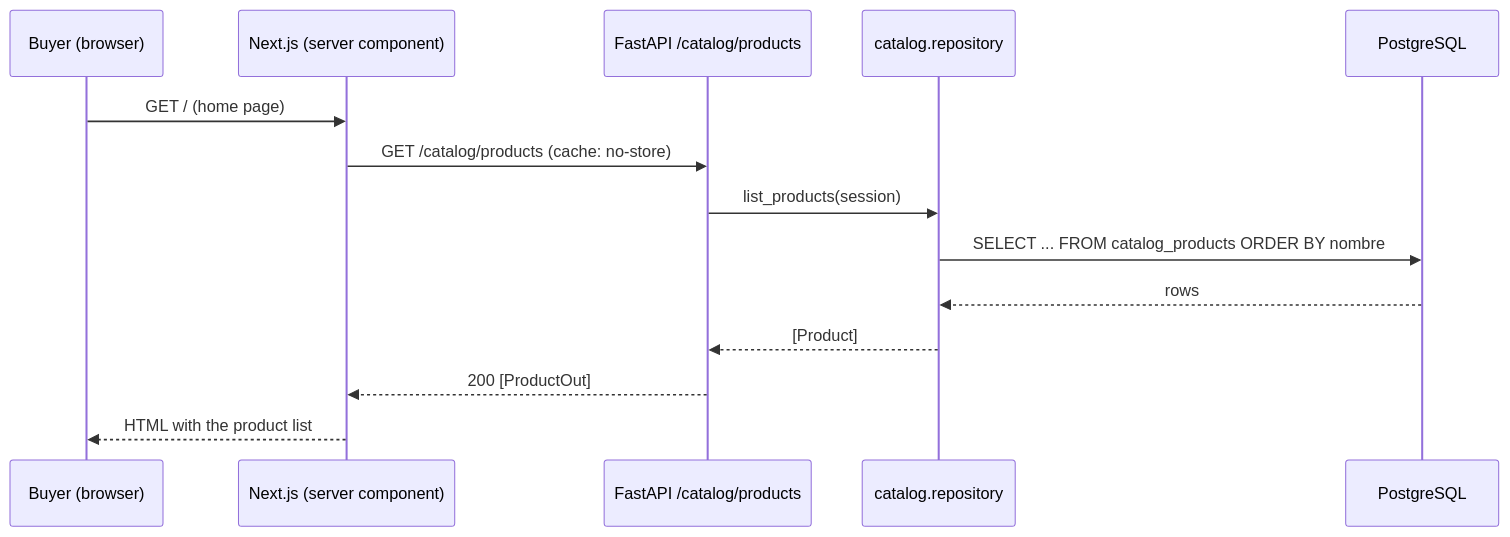
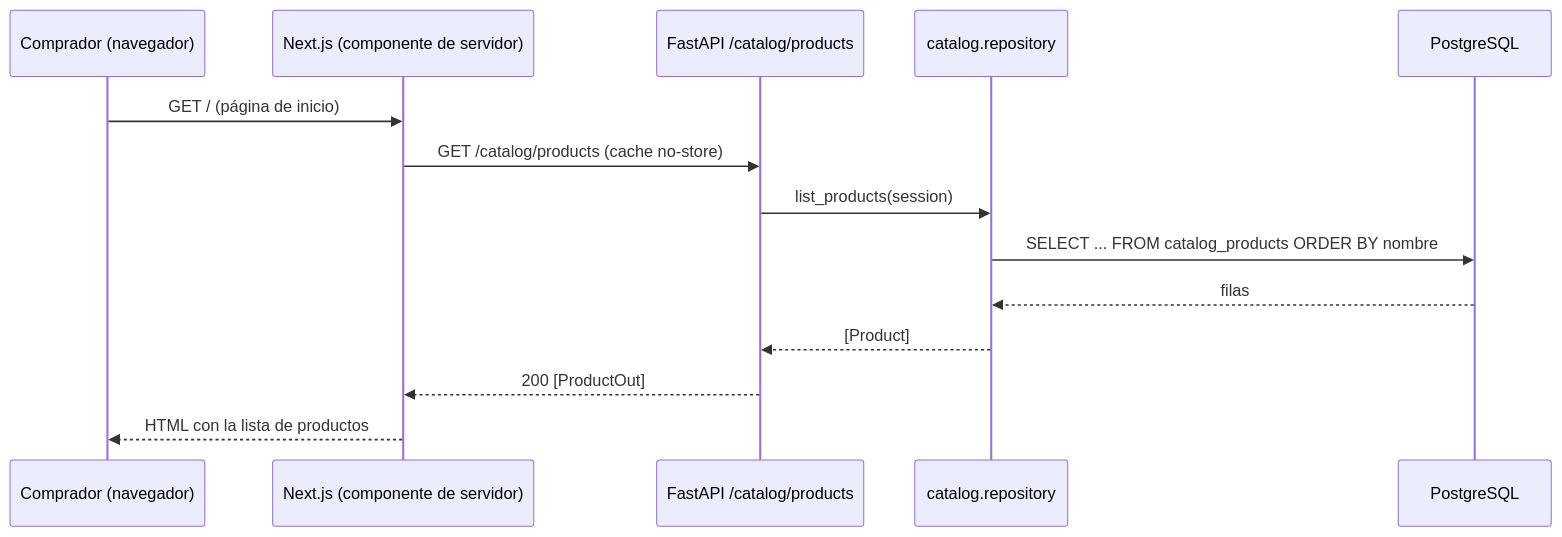
One commit to ISCOUTB/AS_202620_TIENDA-VIRTUAL-UTB changed the fourth of 5 diagrams in docs/arc42/arc42-template-EN.md. Above: the diagram before and after it, drawn with Mermaid. The commit also changed other lines of this file and 5 other files, not shown here.

````diff
--- a/docs/arc42/arc42-template-EN.md
+++ b/docs/arc42/arc42-template-EN.md
@@ -263,16 +269,16 @@
 ```mermaid
 sequenceDiagram
-    participant U as Buyer (browser)
-    participant F as Next.js (server component)
+    participant U as Comprador (navegador)
+    participant F as Next.js (componente de servidor)
     participant A as FastAPI /catalog/products
     participant R as catalog.repository
     participant DB as PostgreSQL
-    U->>F: GET / (home page)
-    F->>A: GET /catalog/products (cache: no-store)
+    U->>F: GET / (página de inicio)
+    F->>A: GET /catalog/products (cache no-store)
     A->>R: list_products(session)
     R->>DB: SELECT ... FROM catalog_products ORDER BY nombre
-    DB-->>R: rows
+    DB-->>R: filas
     R-->>A: [Product]
     A-->>F: 200 [ProductOut]
-    F-->>U: HTML with the product list
+    F-->>U: HTML con la lista de productos
 ```
````
